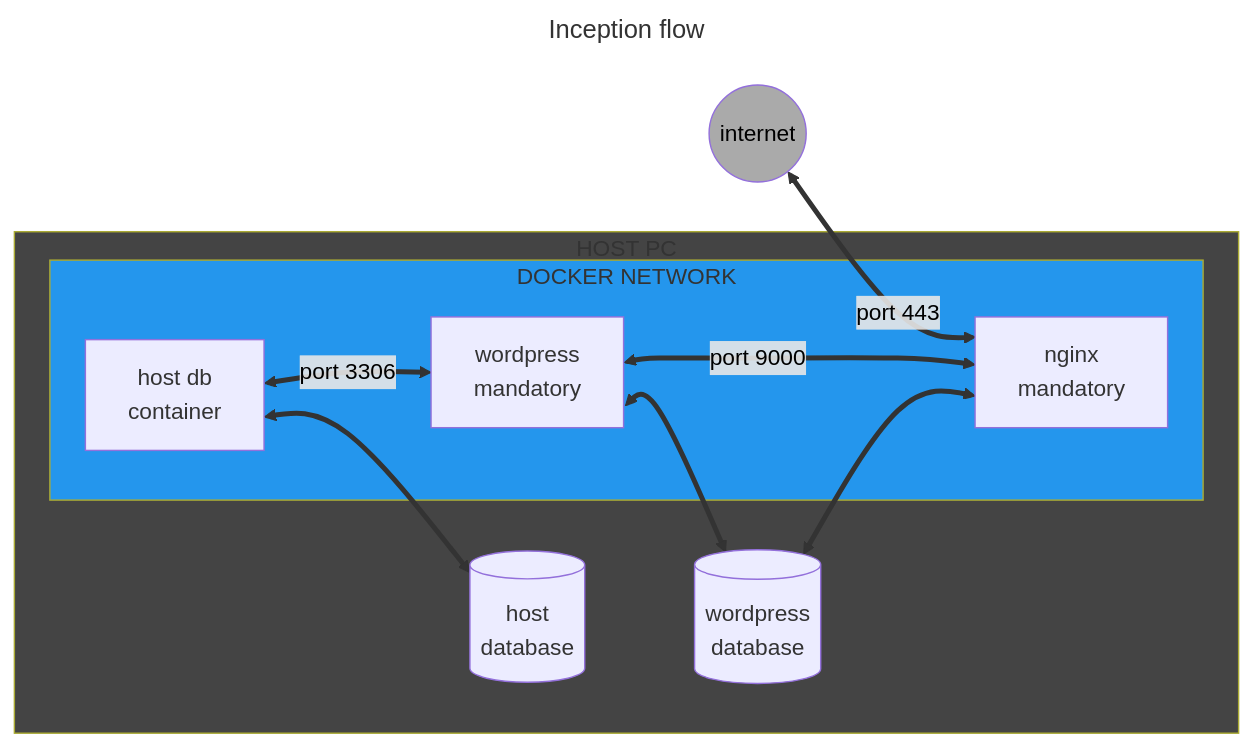
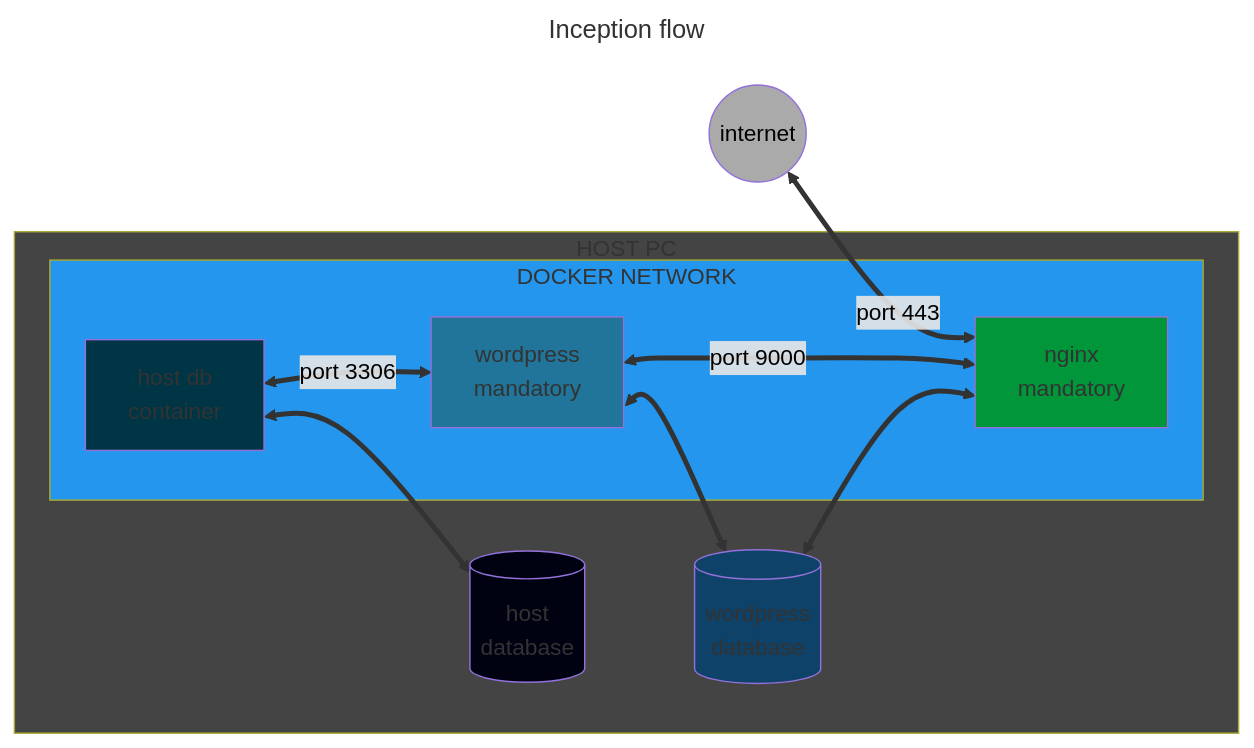
The diagram in README.md (andreyvdl/42-Inception), drawn with Mermaid before and after one commit.

````diff
--- a/README.md
+++ b/README.md
@@ -8,37 +8,42 @@
 ```mermaid
 ---
 title: Inception flow
 ---
 
 %%{ init: { 'flowchart' : { 'curve': 'natural' } } }%%
 flowchart LR
 
 net(("internet"))
 nginxMan["nginx
   mandatory"]
 wpPHP["wordpress
   mandatory"]
 wpDB[("wordpress
   database")]
 outCont["host db
   container"]
 outDB[("host
   database")]
 
 net <==port 443==> nginxMan
 
 subgraph HP["HOST PC"]
   subgraph DN["DOCKER NETWORK"]
     outCont <==port 3306==> wpPHP
     wpPHP <==port 9000==> nginxMan
   end
   outCont <==> outDB
   wpPHP <==> wpDB
   wpDB <==> nginxMan
 end
 
 style DN fill:#2496ED
 style HP fill:#444444
 style net fill:#aaaaaa,color:#000
+style nginxMan fill:#009639
+style wpPHP fill:#21759B
+style wpDB fill:#0E4268
+style outCont fill:#003545
+style outDB fill:#000212
 linkStyle 0,1,2 color:#000 
 ```
````
